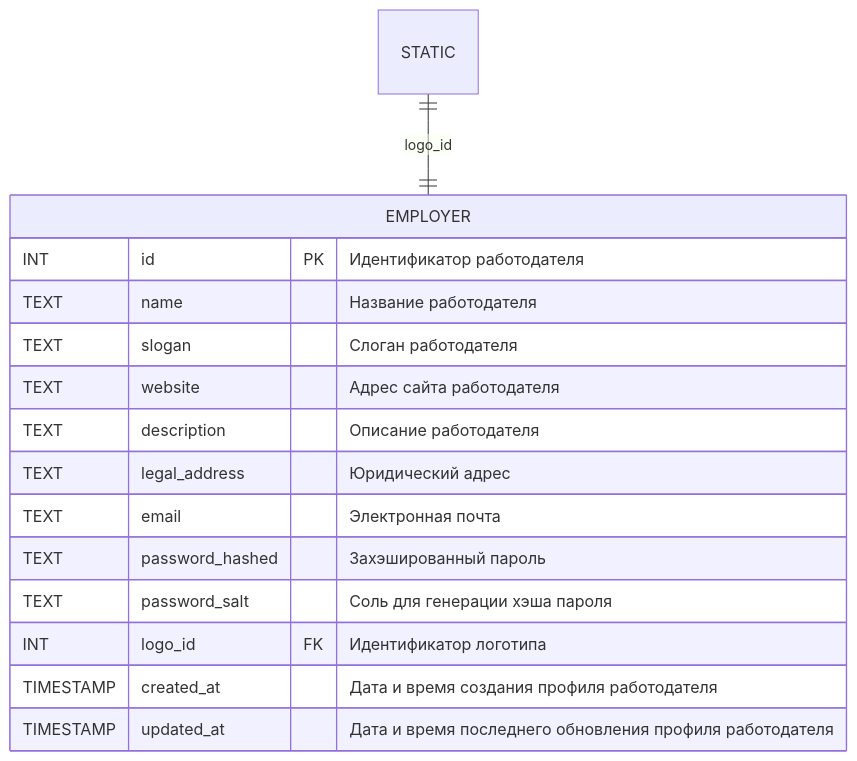
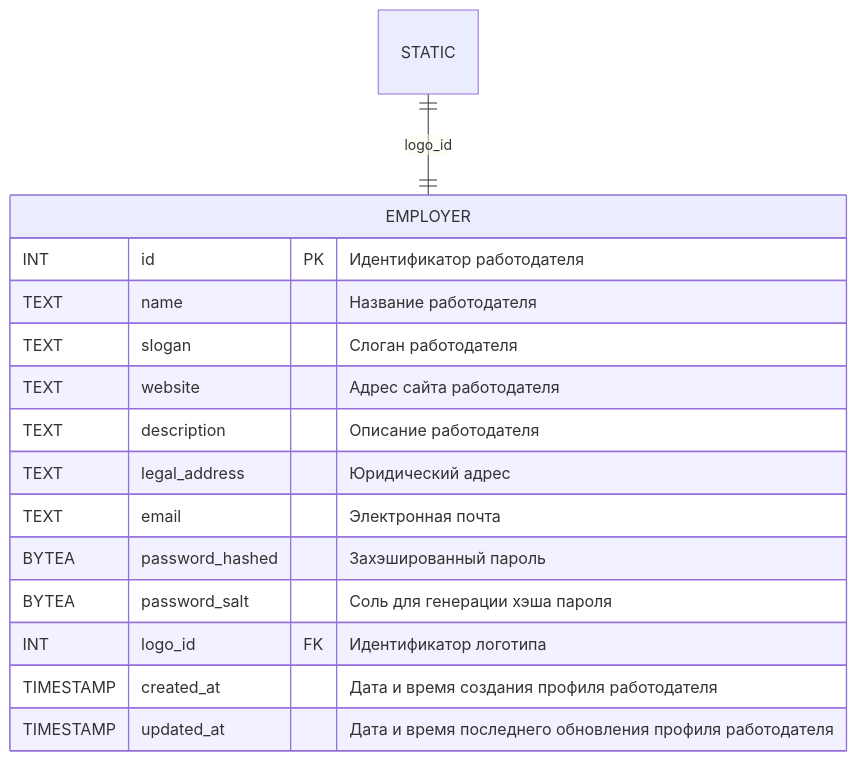
The fifth of 18 diagrams in db/normalized/relations.md (go-park-mail-ru/2025_1_Orange), drawn with Mermaid before and after one commit. The commit also changed other lines of this file and 2 other files, not shown here.

````diff
--- a/db/normalized/relations.md
+++ b/db/normalized/relations.md
@@ -179,18 +179,18 @@
 ```mermaid
 erDiagram
     EMPLOYER {
         INT id PK "Идентификатор работодателя"
         TEXT name "Название работодателя"
         TEXT slogan "Слоган работодателя"
         TEXT website "Адрес сайта работодателя"
         TEXT description "Описание работодателя"
         TEXT legal_address "Юридический адрес"
         TEXT email "Электронная почта"
-        TEXT password_hashed "Захэшированный пароль"
-        TEXT password_salt "Соль для генерации хэша пароля"
+        BYTEA password_hashed "Захэшированный пароль"
+        BYTEA password_salt "Соль для генерации хэша пароля"
         INT logo_id FK "Идентификатор логотипа"
         TIMESTAMP created_at "Дата и время создания профиля работодателя"
         TIMESTAMP updated_at "Дата и время последнего обновления профиля работодателя"
     }
     STATIC ||--|| EMPLOYER : "logo_id"
 ```
````
